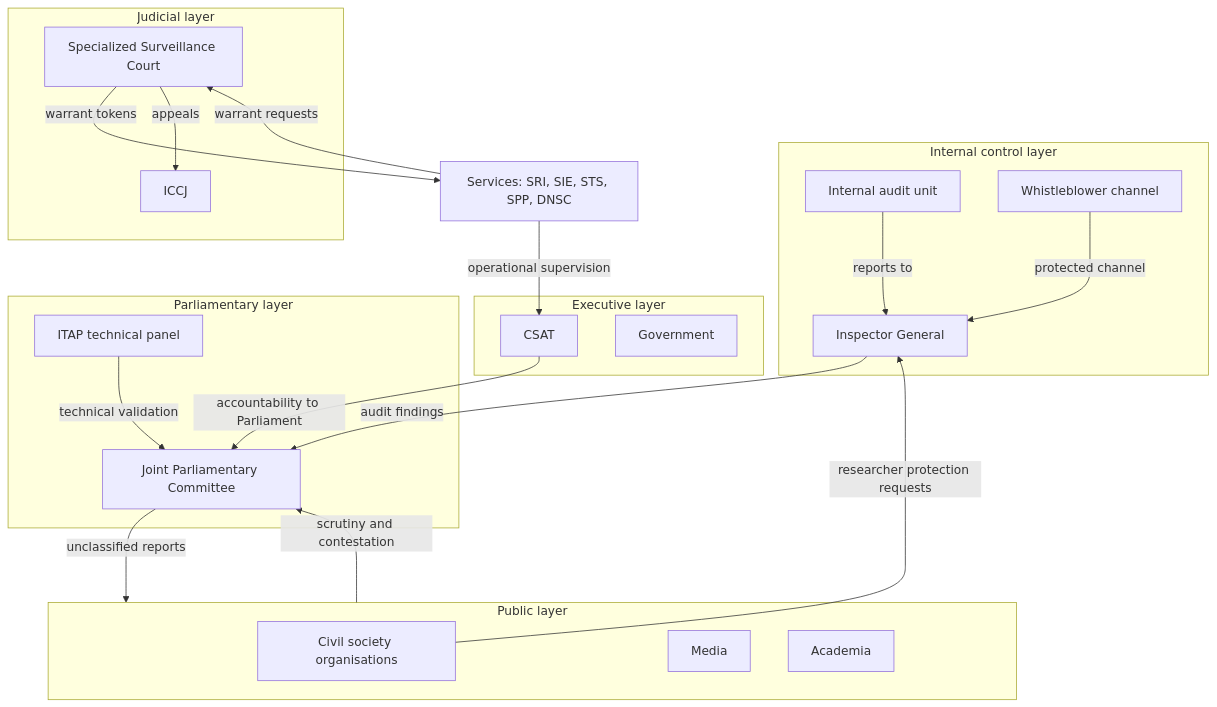
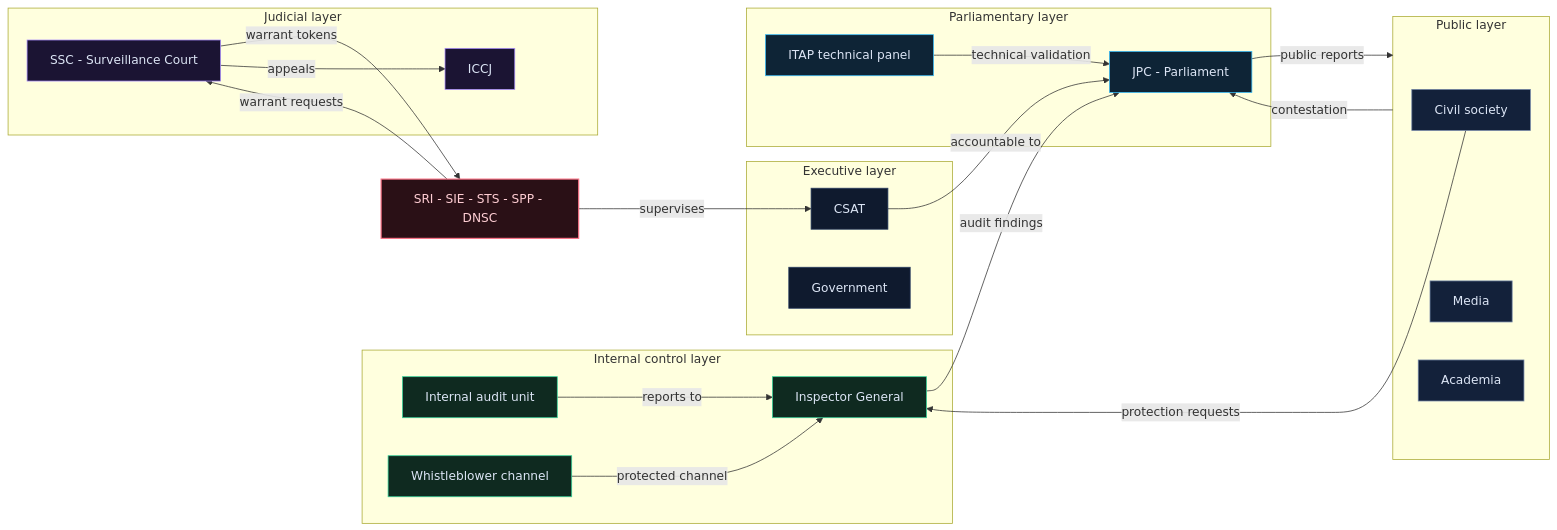
Before and after one commit to CristianNichifor/ro-intel-reform-dataflows: the diagram in diagrams/oversight-layering.mmd, drawn with Mermaid. The commit also changed 5 other files, not shown here.

Commit message:
Restyle governance diagrams: app-theme palette, semantic node classes, full-width canvases, auto-fit sizing

```diff
--- a/diagrams/oversight-layering.mmd
+++ b/diagrams/oversight-layering.mmd
@@ -1,36 +1,49 @@
-flowchart TD
+flowchart LR
     subgraph INT["Internal control layer"]
         IG[Inspector General]
         IA[Internal audit unit]
         WB[Whistleblower channel]
     end
     subgraph EXE["Executive layer"]
         CSAT[CSAT]
         GOV[Government]
     end
     subgraph PAR["Parliamentary layer"]
-        JPC[Joint Parliamentary Committee]
+        JPC[JPC - Parliament]
         ITAP[ITAP technical panel]
     end
     subgraph JUD["Judicial layer"]
-        SSC[Specialized Surveillance Court]
+        SSC[SSC - Surveillance Court]
         ICCJ[ICCJ]
     end
     subgraph PUB["Public layer"]
-        CSO[Civil society organisations]
+        CSO[Civil society]
         MED[Media]
         ACA[Academia]
     end
-    AG[Services: SRI, SIE, STS, SPP, DNSC]
+    AG[SRI - SIE - STS - SPP - DNSC]
     IA -->|reports to| IG
     WB -->|protected channel| IG
-    AG -->|operational supervision| CSAT
-    CSAT -->|accountability to Parliament| JPC
+    AG -->|supervises| CSAT
+    CSAT -->|accountable to| JPC
     IG -->|audit findings| JPC
     ITAP -->|technical validation| JPC
     AG -->|warrant requests| SSC
     SSC -->|warrant tokens| AG
     SSC -->|appeals| ICCJ
-    JPC -->|unclassified reports| PUB
-    PUB -->|scrutiny and contestation| JPC
-    CSO -->|researcher protection requests| IG
+    JPC -->|public reports| PUB
+    PUB -->|contestation| JPC
+    CSO -->|protection requests| IG
+
+    classDef int fill:#0f2a20,stroke:#34d399,color:#dce5f5,stroke-width:1px;
+    classDef exec fill:#0f1a2e,stroke:#2b3f63,color:#dce5f5,stroke-width:1px;
+    classDef par fill:#0e2436,stroke:#38bdf8,color:#dce5f5,stroke-width:1px;
+    classDef jud fill:#1b1433,stroke:#a78bfa,color:#dce5f5,stroke-width:1px;
+    classDef pub fill:#13213a,stroke:#7184a5,color:#dce5f5,stroke-width:1px;
+    classDef svc fill:#2a1016,stroke:#fb7185,color:#fecdd3,stroke-width:1.5px;
+    class IG,IA,WB int
+    class CSAT,GOV exec
+    class JPC,ITAP par
+    class SSC,ICCJ jud
+    class CSO,MED,ACA pub
+    class AG svc
```
